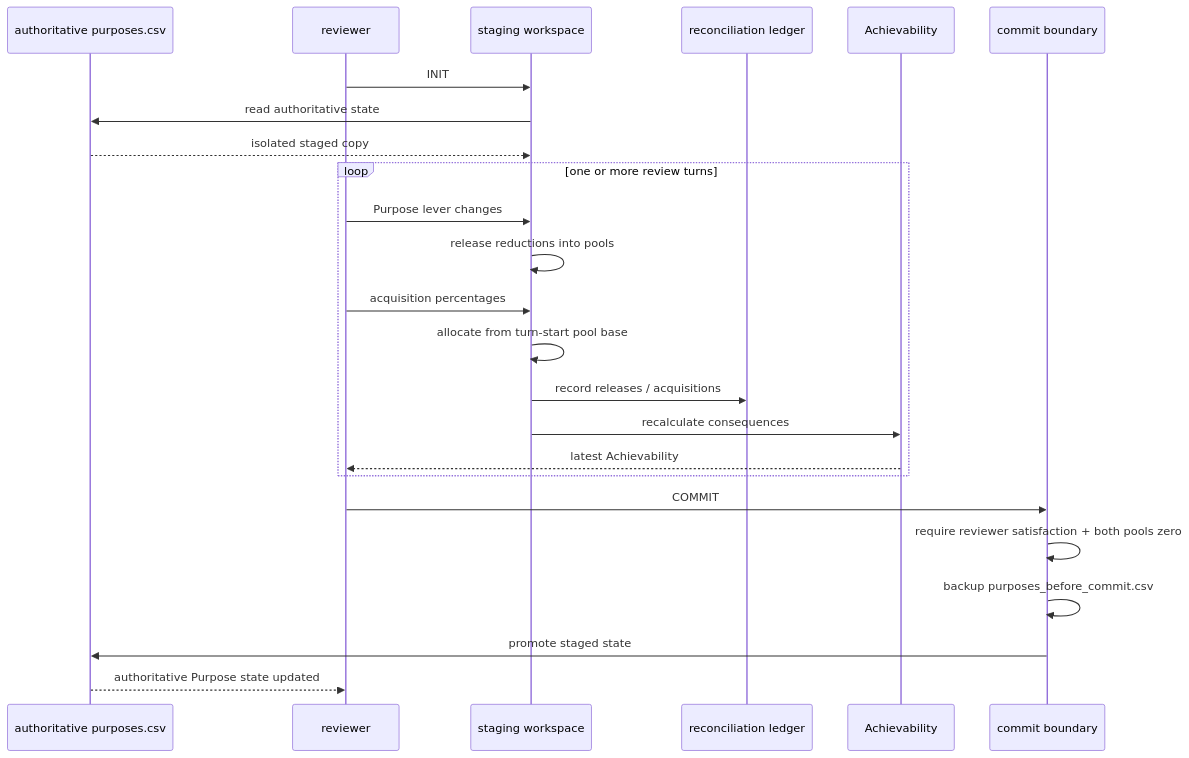
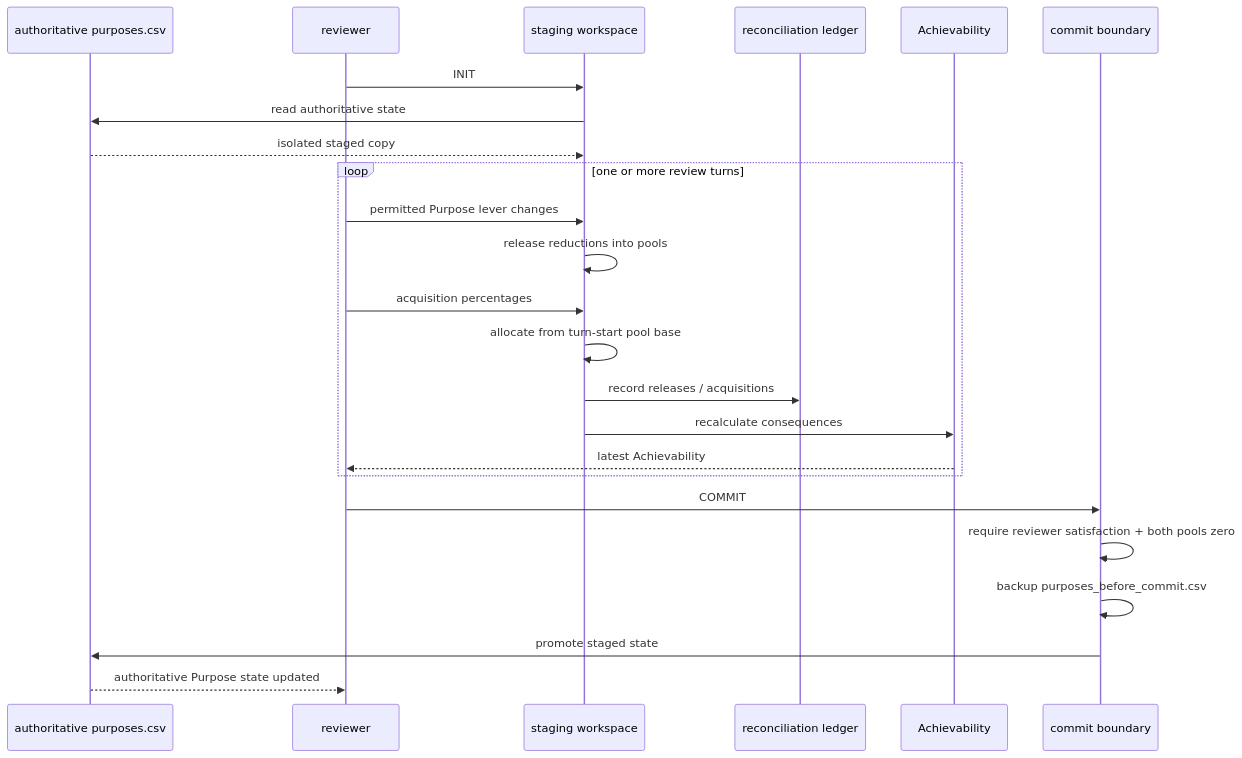
The ninth of 13 diagrams in docs/Lakshya_Pipeline_Sequence.md (rrajeshkannan/lakshya), drawn with Mermaid before and after one commit. The commit also changed other lines of this file, not shown here.

Commit message:
Update execution sequence and remove obsolete family validation

````diff
--- a/docs/Lakshya_Pipeline_Sequence.md
+++ b/docs/Lakshya_Pipeline_Sequence.md
@@ -584,27 +515,27 @@
 ```mermaid
 sequenceDiagram
     participant Source as authoritative purposes.csv
     participant Reviewer as reviewer
     participant Stage as staging workspace
     participant Ledger as reconciliation ledger
     participant Ach as Achievability
     participant Commit as commit boundary
 
     Reviewer->>Stage: INIT
     Stage->>Source: read authoritative state
     Source-->>Stage: isolated staged copy
     loop one or more review turns
-        Reviewer->>Stage: Purpose lever changes
+        Reviewer->>Stage: permitted Purpose lever changes
         Stage->>Stage: release reductions into pools
         Reviewer->>Stage: acquisition percentages
         Stage->>Stage: allocate from turn-start pool base
         Stage->>Ledger: record releases / acquisitions
         Stage->>Ach: recalculate consequences
         Ach-->>Reviewer: latest Achievability
     end
     Reviewer->>Commit: COMMIT
     Commit->>Commit: require reviewer satisfaction + both pools zero
     Commit->>Commit: backup purposes_before_commit.csv
     Commit->>Source: promote staged state
     Source-->>Reviewer: authoritative Purpose state updated
 ```
````
